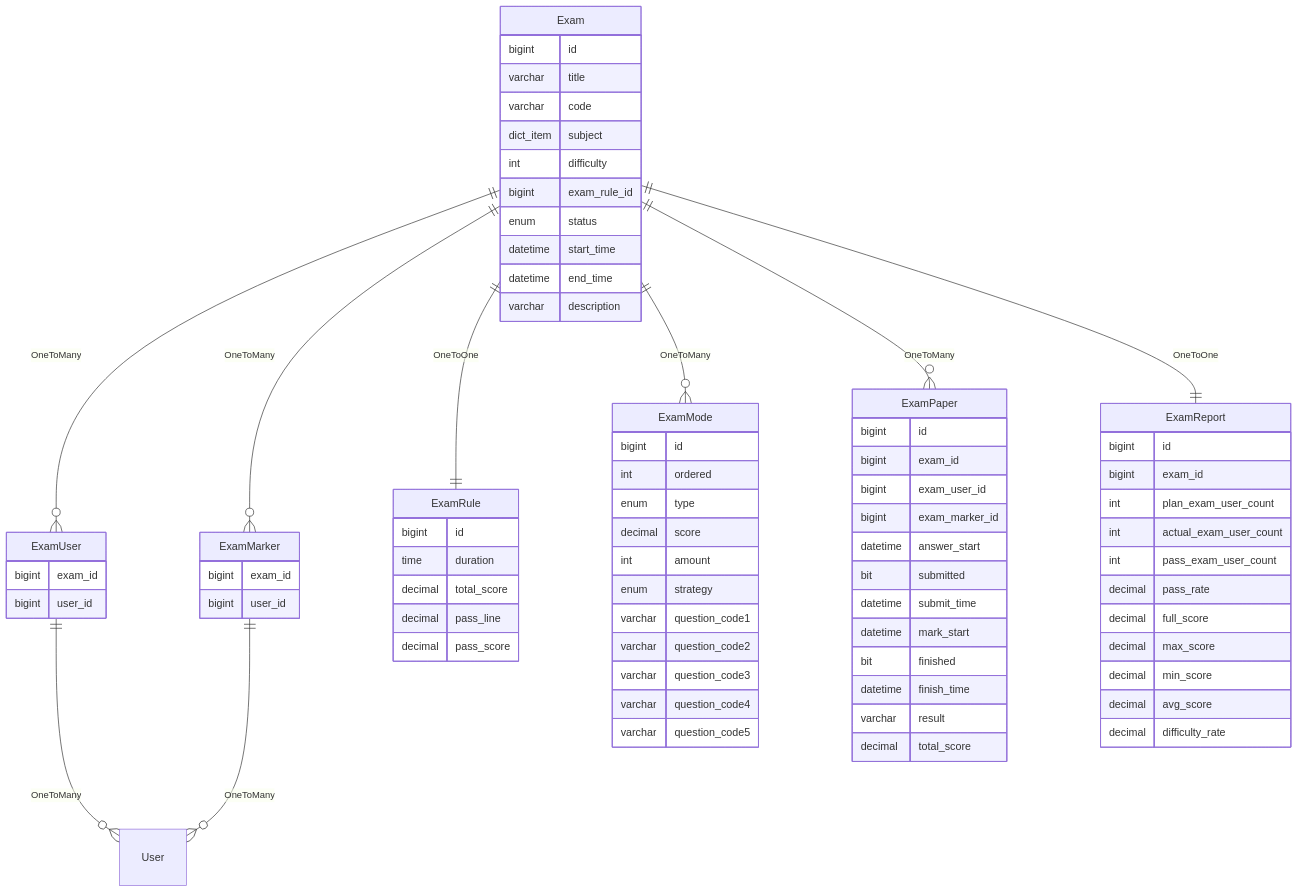
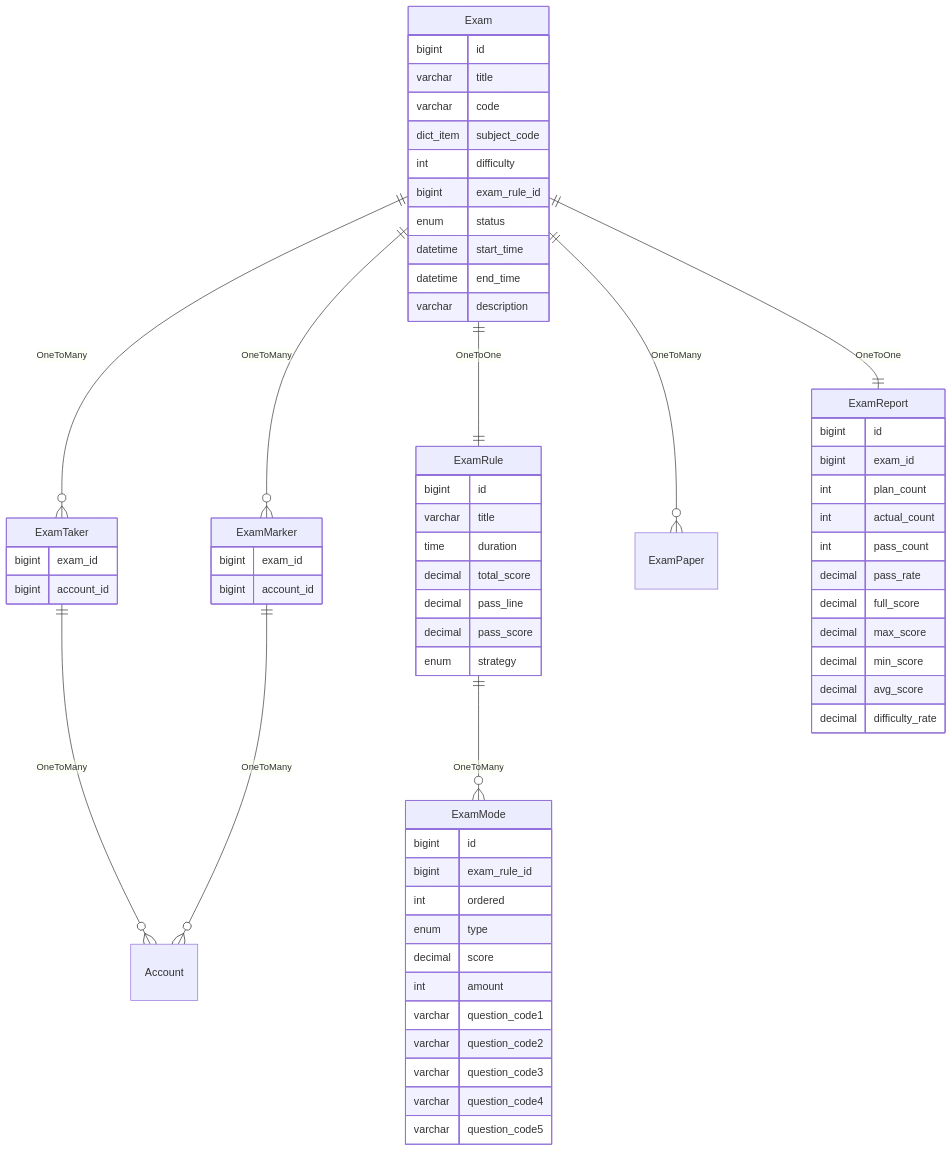
One commit to mrzhqiang/rowing changed the first of 2 diagrams in docs/1.develop/1.10.exam.md. Above: the diagram before and after it, drawn with Mermaid. The commit also changed other lines of this file and 223 other files, not shown here.

````diff
--- a/docs/1.develop/1.10.exam.md
+++ b/docs/1.develop/1.10.exam.md
@@ -36,78 +36,66 @@
 ```mermaid
 erDiagram
-  Exam ||--o{ ExamUser : OneToMany
+  Exam ||--o{ ExamTaker : OneToMany
   Exam ||--o{ ExamMarker : OneToMany
-  ExamUser ||--o{ User : OneToMany
-  ExamMarker ||--o{ User : OneToMany
+  ExamTaker ||--o{ Account : OneToMany
+  ExamMarker ||--o{ Account : OneToMany
   Exam ||--|| ExamRule : OneToOne
-  Exam ||--o{ ExamMode : OneToMany
+  ExamRule ||--o{ ExamMode : OneToMany
   Exam ||--o{ ExamPaper : OneToMany
   Exam ||--|| ExamReport : OneToOne
   Exam {
     bigint    id
     varchar   title
     varchar   code
-    dict_item subject
+    dict_item subject_code
     int       difficulty
     bigint    exam_rule_id
     enum      status
     datetime  start_time
     datetime  end_time
     varchar   description
   }
-  ExamUser {
+  ExamTaker {
     bigint    exam_id
-    bigint    user_id
+    bigint    account_id
   }
   ExamMarker {
     bigint    exam_id
-    bigint    user_id
+    bigint    account_id
   }
   ExamRule {
     bigint    id
+    varchar   title
     time      duration
     decimal   total_score
     decimal   pass_line
     decimal   pass_score
+    enum      strategy
   }
   ExamMode {
     bigint    id
+    bigint    exam_rule_id
     int       ordered
     enum      type
     decimal   score
     int       amount
-    enum      strategy
     varchar   question_code1
     varchar   question_code2
     varchar   question_code3
     varchar   question_code4
     varchar   question_code5
   }
-  ExamPaper {
-    bigint    id
-    bigint    exam_id
-    bigint    exam_user_id
-    bigint    exam_marker_id
-    datetime  answer_start
-    bit       submitted
-    datetime  submit_time
-    datetime  mark_start
-    bit       finished
-    datetime  finish_time
-    varchar   result
-    decimal   total_score
-  }
   ExamReport {
     bigint    id
     bigint    exam_id
-    int       plan_exam_user_count
-    int       actual_exam_user_count
-    int       pass_exam_user_count
+    int       plan_count
+    int       actual_count
+    int       pass_count
     decimal   pass_rate
     decimal   full_score
     decimal   max_score
     decimal   min_score
     decimal   avg_score
     decimal   difficulty_rate
   }
 ```
````
